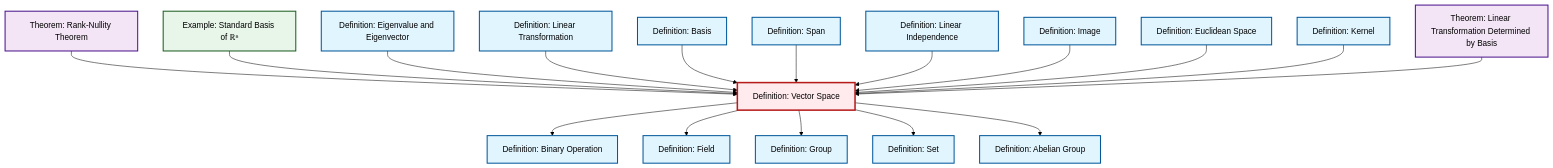
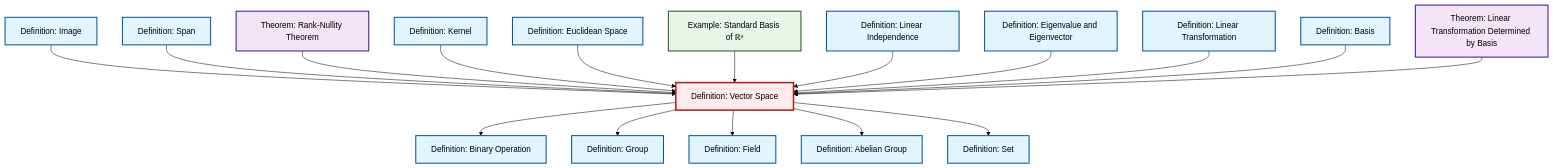
The diagram in content/ja/algebra/def-vector-space.qmd (RK0429/ModernMath), drawn with Mermaid (forest theme) before and after one commit. The commit also changed other lines of this file and 491 other files, not shown here.

````diff
--- a/content/ja/algebra/def-vector-space.qmd
+++ b/content/ja/algebra/def-vector-space.qmd
@@ -56,59 +56,59 @@
 ```{mermaid}
 %%| fig-cap: "Local dependency graph"
 graph TD
     classDef definition fill:#e1f5fe,stroke:#01579b,stroke-width:2px
     classDef theorem fill:#f3e5f5,stroke:#4a148c,stroke-width:2px
     classDef axiom fill:#fff3e0,stroke:#e65100,stroke-width:2px
     classDef example fill:#e8f5e9,stroke:#1b5e20,stroke-width:2px
     classDef current fill:#ffebee,stroke:#b71c1c,stroke-width:3px
-    def-image["Definition: Image"]:::definition
+    def-binary-operation["Definition: Binary Operation"]:::definition
+    def-abelian-group["Definition: Abelian Group"]:::definition
+    def-eigenvalue-eigenvector["Definition: Eigenvalue and Eigenvector"]:::definition
+    def-kernel["Definition: Kernel"]:::definition
+    def-field["Definition: Field"]:::definition
+    def-group["Definition: Group"]:::definition
+    def-linear-independence["Definition: Linear Independence"]:::definition
     def-basis["Definition: Basis"]:::definition
+    def-linear-transformation["Definition: Linear Transformation"]:::definition
+    def-vector-space["Definition: Vector Space"]:::definition
+    ex-standard-basis-rn["Example: Standard Basis of ℝⁿ"]:::example
+    thm-rank-nullity["Theorem: Rank-Nullity Theorem"]:::theorem
     def-set["Definition: Set"]:::definition
-    def-linear-transformation["Definition: Linear Transformation"]:::definition
-    ex-standard-basis-rn["Example: Standard Basis of ℝⁿ"]:::example
-    def-kernel["Definition: Kernel"]:::definition
-    def-group["Definition: Group"]:::definition
-    def-span["Definition: Span"]:::definition
     thm-linear-transformation-basis["Theorem: Linear Transformation Determined by Basis"]:::theorem
     def-euclidean-space["Definition: Euclidean Space"]:::definition
-    def-binary-operation["Definition: Binary Operation"]:::definition
-    def-abelian-group["Definition: Abelian Group"]:::definition
-    def-field["Definition: Field"]:::definition
-    def-linear-independence["Definition: Linear Independence"]:::definition
-    thm-rank-nullity["Theorem: Rank-Nullity Theorem"]:::theorem
-    def-eigenvalue-eigenvector["Definition: Eigenvalue and Eigenvector"]:::definition
-    def-vector-space["Definition: Vector Space"]:::definition
+    def-image["Definition: Image"]:::definition
+    def-span["Definition: Span"]:::definition
+    def-image --> def-vector-space
+    def-vector-space --> def-binary-operation
+    def-span --> def-vector-space
+    def-vector-space --> def-group
     thm-rank-nullity --> def-vector-space
-    def-vector-space --> def-binary-operation
+    def-kernel --> def-vector-space
+    def-euclidean-space --> def-vector-space
+    def-vector-space --> def-field
     ex-standard-basis-rn --> def-vector-space
+    def-linear-independence --> def-vector-space
+    def-vector-space --> def-abelian-group
     def-eigenvalue-eigenvector --> def-vector-space
     def-linear-transformation --> def-vector-space
     def-basis --> def-vector-space
-    def-span --> def-vector-space
-    def-linear-independence --> def-vector-space
-    def-vector-space --> def-field
-    def-image --> def-vector-space
-    def-vector-space --> def-group
+    thm-linear-transformation-basis --> def-vector-space
     def-vector-space --> def-set
-    def-euclidean-space --> def-vector-space
-    def-kernel --> def-vector-space
-    def-vector-space --> def-abelian-group
-    thm-linear-transformation-basis --> def-vector-space
     class def-vector-space current
-    click def-image "def-image.html" "Definition: Imageへ"
+    click def-binary-operation "def-binary-operation.html" "Definition: Binary Operationへ"
+    click def-abelian-group "def-abelian-group.html" "Definition: Abelian Groupへ"
+    click def-eigenvalue-eigenvector "def-eigenvalue-eigenvector.html" "Definition: Eigenvalue and Eigenvectorへ"
+    click def-kernel "def-kernel.html" "Definition: Kernelへ"
+    click def-field "def-field.html" "Definition: Fieldへ"
+    click def-group "def-group.html" "Definition: Groupへ"
+    click def-linear-independence "def-linear-independence.html" "Definition: Linear Independenceへ"
     click def-basis "def-basis.html" "Definition: Basisへ"
-    click def-set "def-set.html" "Definition: Setへ"
     click def-linear-transformation "def-linear-transformation.html" "Definition: Linear Transformationへ"
     click ex-standard-basis-rn "ex-standard-basis-rn.html" "Example: Standard Basis of ℝⁿへ"
-    click def-kernel "def-kernel.html" "Definition: Kernelへ"
-    click def-group "def-group.html" "Definition: Groupへ"
-    click def-span "def-span.html" "Definition: Spanへ"
+    click thm-rank-nullity "thm-rank-nullity.html" "Theorem: Rank-Nullity Theoremへ"
+    click def-set "def-set.html" "Definition: Setへ"
     click thm-linear-transformation-basis "thm-linear-transformation-basis.html" "Theorem: Linear Transformation Determined by Basisへ"
     click def-euclidean-space "def-euclidean-space.html" "Definition: Euclidean Spaceへ"
-    click def-binary-operation "def-binary-operation.html" "Definition: Binary Operationへ"
-    click def-abelian-group "def-abelian-group.html" "Definition: Abelian Groupへ"
-    click def-field "def-field.html" "Definition: Fieldへ"
-    click def-linear-independence "def-linear-independence.html" "Definition: Linear Independenceへ"
-    click thm-rank-nullity "thm-rank-nullity.html" "Theorem: Rank-Nullity Theoremへ"
-    click def-eigenvalue-eigenvector "def-eigenvalue-eigenvector.html" "Definition: Eigenvalue and Eigenvectorへ"
+    click def-image "def-image.html" "Definition: Imageへ"
+    click def-span "def-span.html" "Definition: Spanへ"
 ```
````
